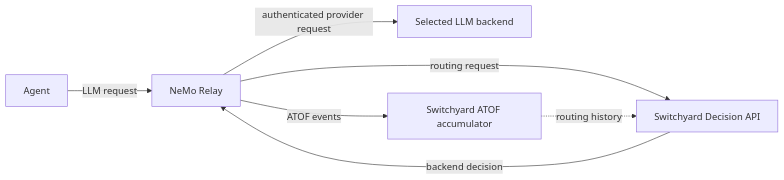
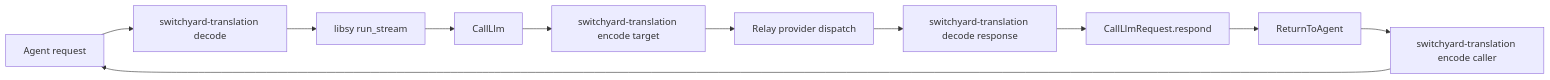
Before and after one commit to NVIDIA/NeMo-Relay: the diagram in docs/configure-plugins/switchyard/about.mdx, drawn with Mermaid. The commit also changed other lines of this file and 29 other files, not shown here.

Commit message:
feat: route with Switchyard libsy in process

````diff
--- a/docs/configure-plugins/switchyard/about.mdx
+++ b/docs/configure-plugins/switchyard/about.mdx
@@ -34,15 +27,18 @@
 ```mermaid
 flowchart LR
-    Agent["Agent"] -->|LLM request| Relay["NeMo Relay"]
-    Relay -->|routing request| Decision["Switchyard Decision API"]
-    Decision -->|backend decision| Relay
-    Relay -->|authenticated provider request| Backend["Selected LLM backend"]
-    Relay -->|ATOF events| History["Switchyard ATOF accumulator"]
-    History -. routing history .-> Decision
+    Agent["Agent request"] --> Decode["switchyard-translation decode"]
+    Decode --> Libsy["libsy run_stream"]
+    Libsy --> Call["CallLlm"]
+    Call --> EncodeTarget["switchyard-translation encode target"]
+    EncodeTarget --> Relay["Relay provider dispatch"]
+    Relay --> DecodeResponse["switchyard-translation decode response"]
+    DecodeResponse --> Respond["CallLlmRequest.respond"]
+    Respond --> Final["ReturnToAgent"]
+    Final --> EncodeCaller["switchyard-translation encode caller"]
+    EncodeCaller --> Agent
 
     class Agent grey-lightest;
     class Relay green-lightest;
-    class Decision yellow-lightest;
-    class History yellow-lightest;
-    class Backend teal-lightest;
+    class Libsy yellow-lightest;
+    class Decode,EncodeTarget,DecodeResponse,EncodeCaller teal-lightest;
 ```
````
